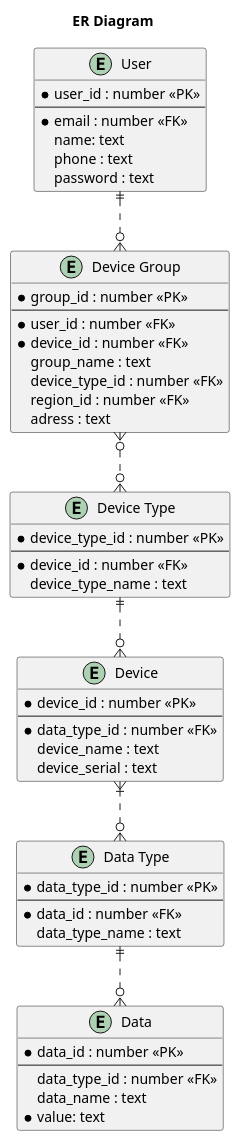
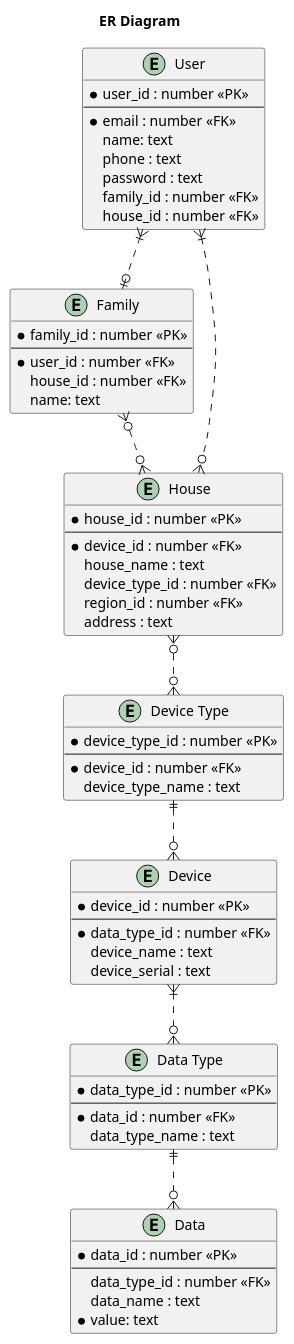
The diagram in diagrams/ER.puml (Boropwnz/architecture-sprint-3), drawn with PlantUML before and after one commit.

Commit message:
Updated ER.puml after review.

```diff
--- a/diagrams/ER.puml
+++ b/diagrams/ER.puml
@@ -1,61 +1,72 @@
 @startuml
 title ER Diagram
 
 entity "User" {
   * user_id : number <<PK>>
   --
   * email : number <<FK>>
   name: text
   phone : text
   password : text
+  family_id : number <<FK>>
+  house_id : number <<FK>>
 }
 
-entity "Device Group"{
-  * group_id : number <<PK>>
+entity "Family" {
+  * family_id : number <<PK>>
   --
   * user_id : number <<FK>>
+  house_id : number <<FK>>
+  name: text
+}
+
+entity "House"{
+  * house_id : number <<PK>>
+  --
   * device_id : number <<FK>>
-    group_name : text
+    house_name : text
     device_type_id : number <<FK>>
     region_id : number <<FK>>
-    adress : text
+    address : text
 }
 
 entity "Device Type" {
   * device_type_id : number <<PK>>
   --
   * device_id : number <<FK>>
     device_type_name : text
 }
 
 entity Device {
   * device_id : number <<PK>>
   --
   * data_type_id : number <<FK>>
     device_name : text
     device_serial : text
 }
 
 entity "Data Type" {
   * data_type_id : number <<PK>>
   --
   * data_id : number <<FK>>
     data_type_name : text
 }
 
 entity Data {
   * data_id : number <<PK>>
   --
   data_type_id : number <<FK>>
   data_name : text
   * value: text
 }
 
 
 
-User ||..o{ "Device Group"
-"Device Group" }o..o{ "Device Type"
+User }|..o{ "House"
+User }|..o| "Family"
+Family }o..o{ "House"
+"House" }o..o{ "Device Type"
 "Device Type" ||..o{ Device
 "Device" }|..o{ "Data Type"
 "Data Type" ||..o{ Data
 @enduml
```
